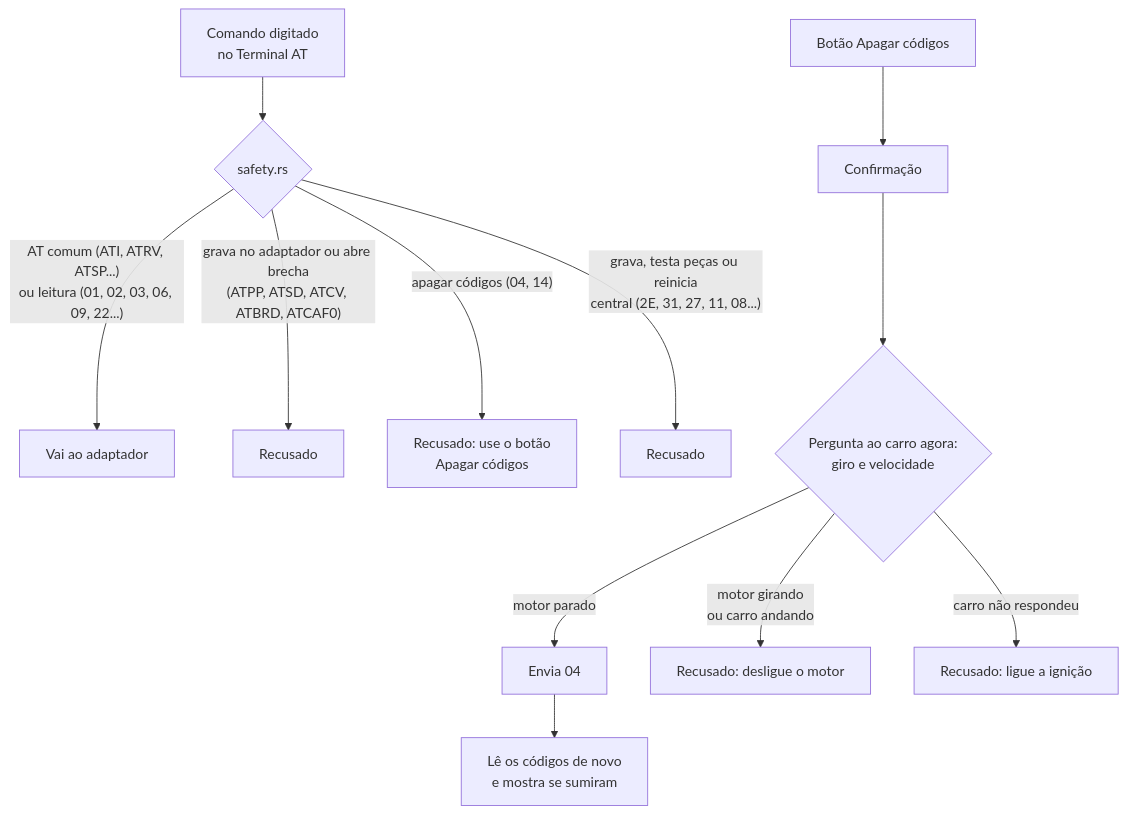
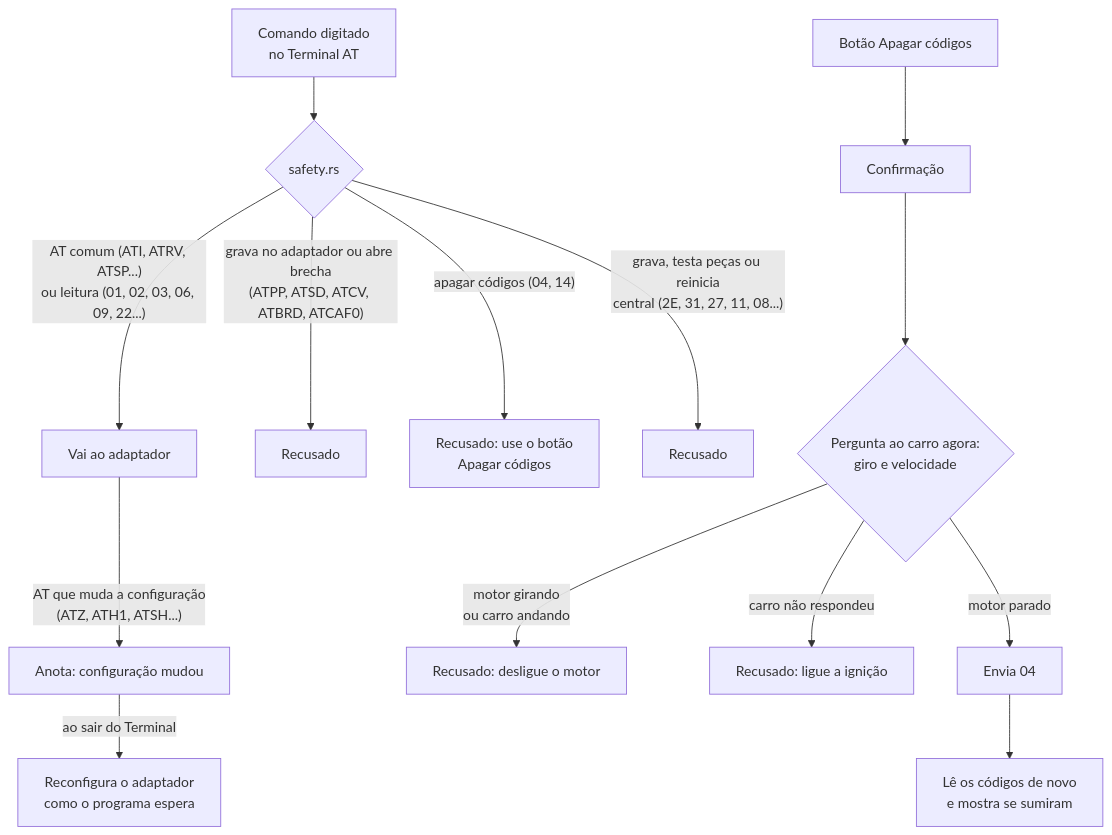
One commit to samuvieceli/obd2-scanner changed the sixth of 12 diagrams in docs/DIAGRAMAS.md. Above: the diagram before and after it, drawn with Mermaid. The commit also changed other lines of this file and 12 other files, not shown here.

First line of the commit message:
BLE listen-before-subscribe, O2 test gap reset, restore adapter after AT terminal, flex notice, WMIs

````diff
--- a/docs/DIAGRAMAS.md
+++ b/docs/DIAGRAMAS.md
@@ -155,12 +155,14 @@
 ```mermaid
 flowchart TB
     typed["Comando digitado<br/>no Terminal AT"] --> chk{"safety.rs"}
     chk -- "AT comum (ATI, ATRV, ATSP...)<br/>ou leitura (01, 02, 03, 06, 09, 22...)" --> send["Vai ao adaptador"]
     chk -- "grava no adaptador ou abre brecha<br/>(ATPP, ATSD, ATCV, ATBRD, ATCAF0)" --> no1["Recusado"]
     chk -- "apagar códigos (04, 14)" --> no2["Recusado: use o botão<br/>Apagar códigos"]
     chk -- "grava, testa peças ou reinicia<br/>central (2E, 31, 27, 11, 08...)" --> no3["Recusado"]
     btn["Botão Apagar códigos"] --> confirm["Confirmação"] --> eng{"Pergunta ao carro agora:<br/>giro e velocidade"}
     eng -- "motor parado" --> clear["Envia 04"] --> reread["Lê os códigos de novo<br/>e mostra se sumiram"]
     eng -- "motor girando<br/>ou carro andando" --> no4["Recusado: desligue o motor"]
     eng -- "carro não respondeu" --> no5["Recusado: ligue a ignição"]
+    send -- "AT que muda a configuração<br/>(ATZ, ATH1, ATSH...)" --> mark["Anota: configuração mudou"]
+    mark -- "ao sair do Terminal" --> restore["Reconfigura o adaptador<br/>como o programa espera"]
 ```
````
